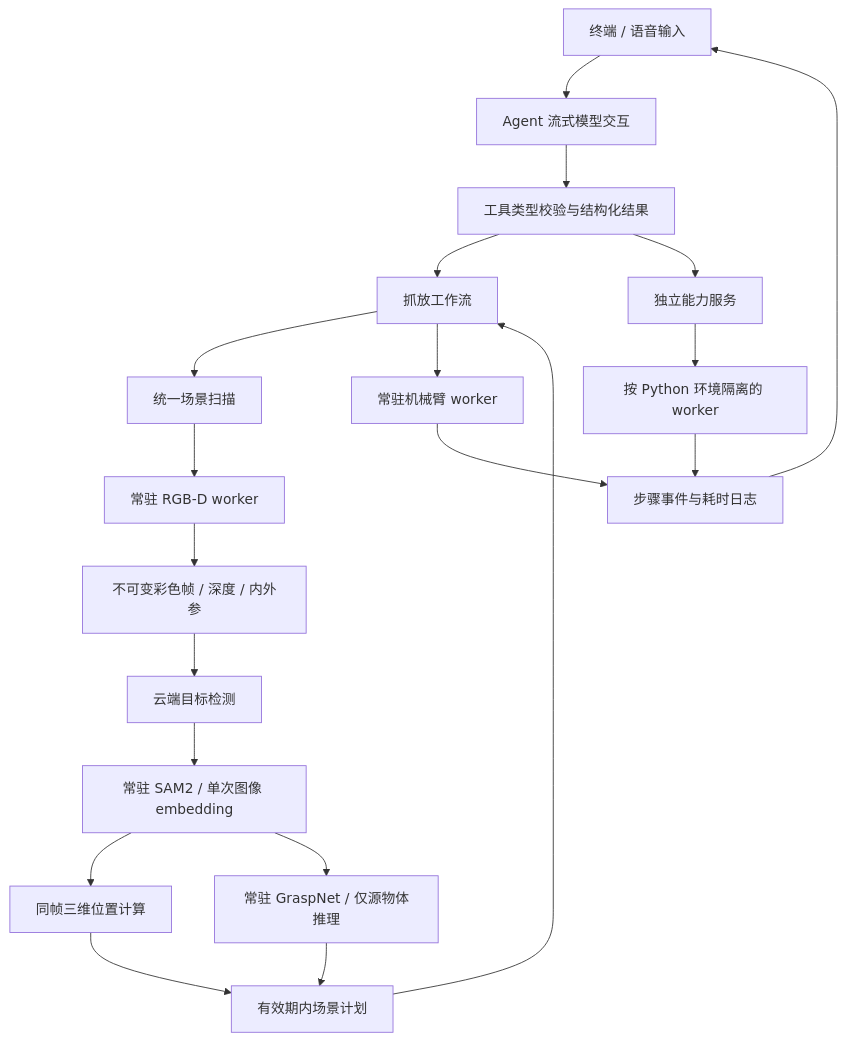
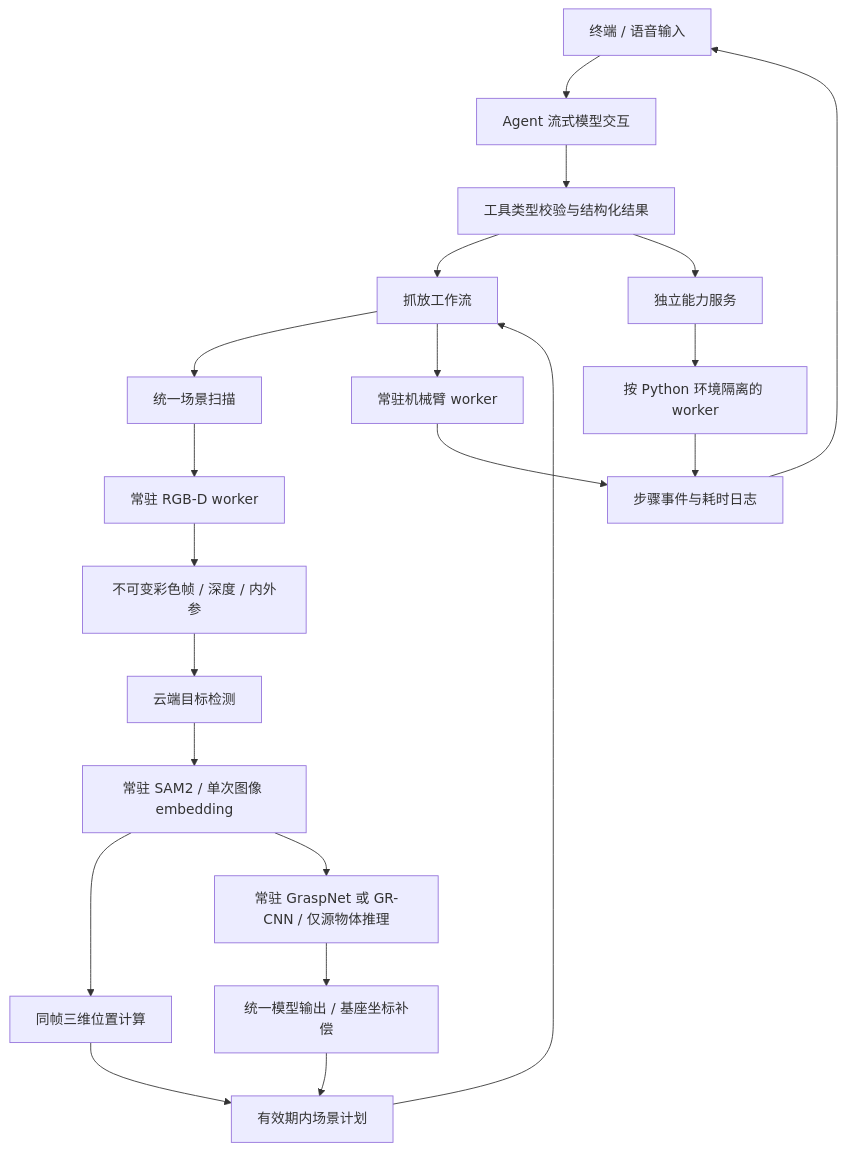
One commit to wsky-66/my_agent changed the diagram in docs/architecture.md. Above: the diagram before and after it, drawn with Mermaid. The commit also changed other lines of this file and 23 other files, not shown here.

````diff
--- a/docs/architecture.md
+++ b/docs/architecture.md
@@ -5,22 +5,23 @@
 ```mermaid
 flowchart TD
     CLI[终端 / 语音输入] --> Agent[Agent 流式模型交互]
     Agent --> Registry[工具类型校验与结构化结果]
     Registry --> Workflow[抓放工作流]
     Registry --> Service[独立能力服务]
     Workflow --> Scene[统一场景扫描]
     Workflow --> Arm[常驻机械臂 worker]
     Scene --> Camera[常驻 RGB-D worker]
     Camera --> Snapshot[不可变彩色帧 / 深度 / 内外参]
     Snapshot --> Grounding[云端目标检测]
     Grounding --> SAM[常驻 SAM2 / 单次图像 embedding]
     SAM --> Position[同帧三维位置计算]
-    SAM --> Grasp[常驻 GraspNet / 仅源物体推理]
+    SAM --> Grasp[常驻 GraspNet 或 GR-CNN / 仅源物体推理]
     Position --> Plan[有效期内场景计划]
-    Grasp --> Plan
+    Grasp --> Offset[统一模型输出 / 基座坐标补偿]
+    Offset --> Plan
     Plan --> Workflow
     Service --> Workers[按 Python 环境隔离的 worker]
     Arm --> Events[步骤事件与耗时日志]
     Workers --> Events
     Events --> CLI
 ```
````
